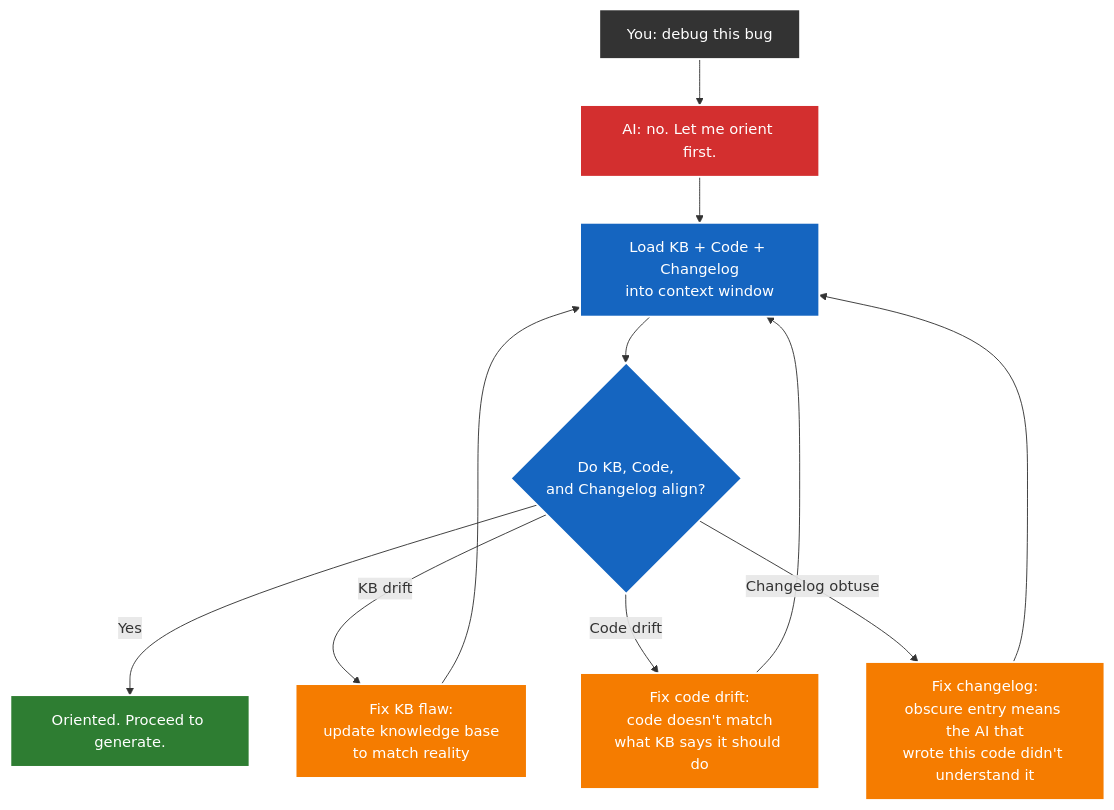
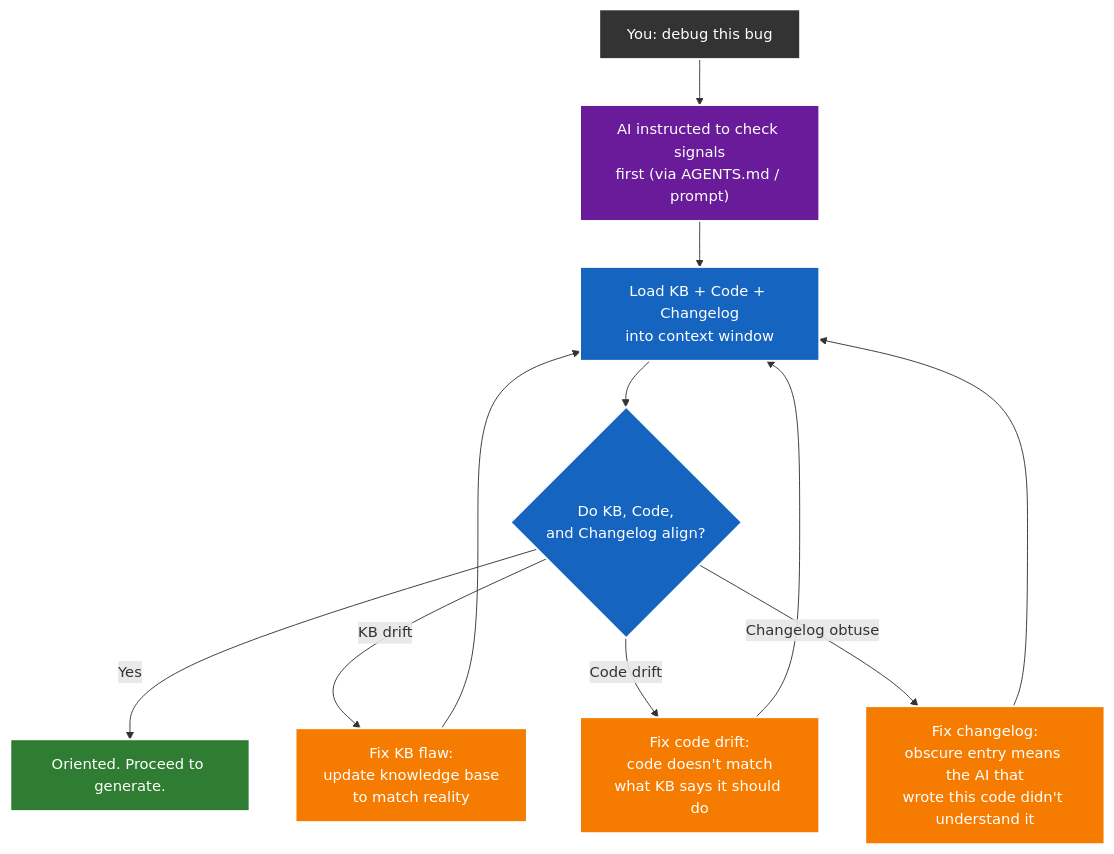
Before and after one commit to jacoby149/web10: the second of 4 diagrams in knowledge/knowledge-theories/ai-use-theory/ai-use-theory.md, drawn with Mermaid. The commit also changed other lines of this file and 1 other file, not shown here.

Commit message:
docs: fix AI Use Theory — benchmaxed claim, pyramid vs debug flow, six signals, CI/CD aspirational, readiness methodology

````diff
--- a/knowledge/knowledge-theories/ai-use-theory/ai-use-theory.md
+++ b/knowledge/knowledge-theories/ai-use-theory/ai-use-theory.md
@@ -60,31 +62,31 @@
 ```mermaid
 flowchart TD
-    START["You: debug this bug"] --> REFUSE["AI: no. Let me orient first."]
-    REFUSE --> LOAD["Load KB + Code + Changelog\ninto context window"]
+    START["You: debug this bug"] --> INSTRUCT["AI instructed to check signals\nfirst (via AGENTS.md / prompt)"]
+    INSTRUCT --> LOAD["Load KB + Code + Changelog\ninto context window"]
     LOAD --> CHECK{"Do KB, Code,\nand Changelog align?"}
 
     CHECK -- Yes --> ORIENTED["Oriented. Proceed to generate."]
     CHECK -- KB drift --> FIX_KB["Fix KB flaw:\nupdate knowledge base\nto match reality"]
     FIX_KB --> LOAD
 
     CHECK -- Code drift --> FIX_CODE["Fix code drift:\ncode doesn't match\nwhat KB says it should do"]
     FIX_CODE --> LOAD
 
     CHECK -- Changelog obtuse --> FIX_LOG["Fix changelog:\nobscure entry means the AI that\nwrote this code didn't understand it"]
     FIX_LOG --> LOAD
 
     classDef prompt fill:#333,color:#fff,stroke:#fff,stroke-width:2px
-    classDef refuse fill:#d32f2f,color:#fff,stroke:#fff,stroke-width:2px
+    classDef instruct fill:#6a1b9a,color:#fff,stroke:#fff,stroke-width:2px
     classDef orient fill:#1565c0,color:#fff,stroke:#fff,stroke-width:2px
     classDef action fill:#f57c00,color:#fff,stroke:#fff,stroke-width:2px
     classDef ok fill:#2e7d32,color:#fff,stroke:#fff,stroke-width:2px
 
     class START prompt
-    class REFUSE refuse
+    class INSTRUCT instruct
     class LOAD orient
     class CHECK orient
     class FIX_KB action
     class FIX_CODE action
     class FIX_LOG action
     class ORIENTED ok
 ```
````
